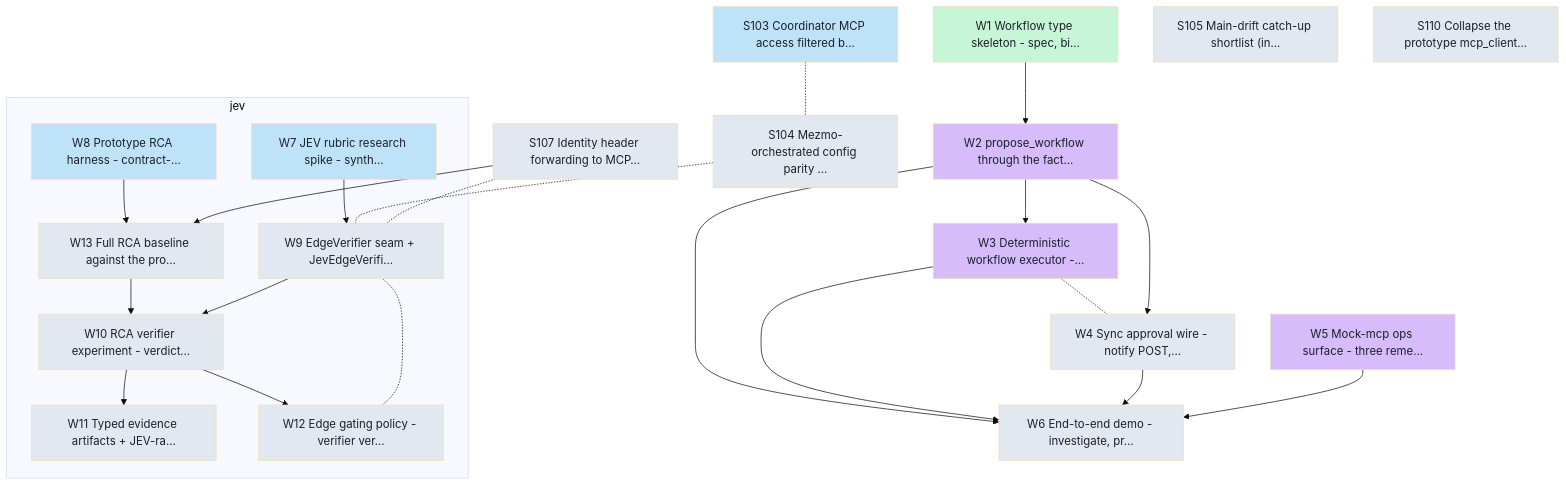
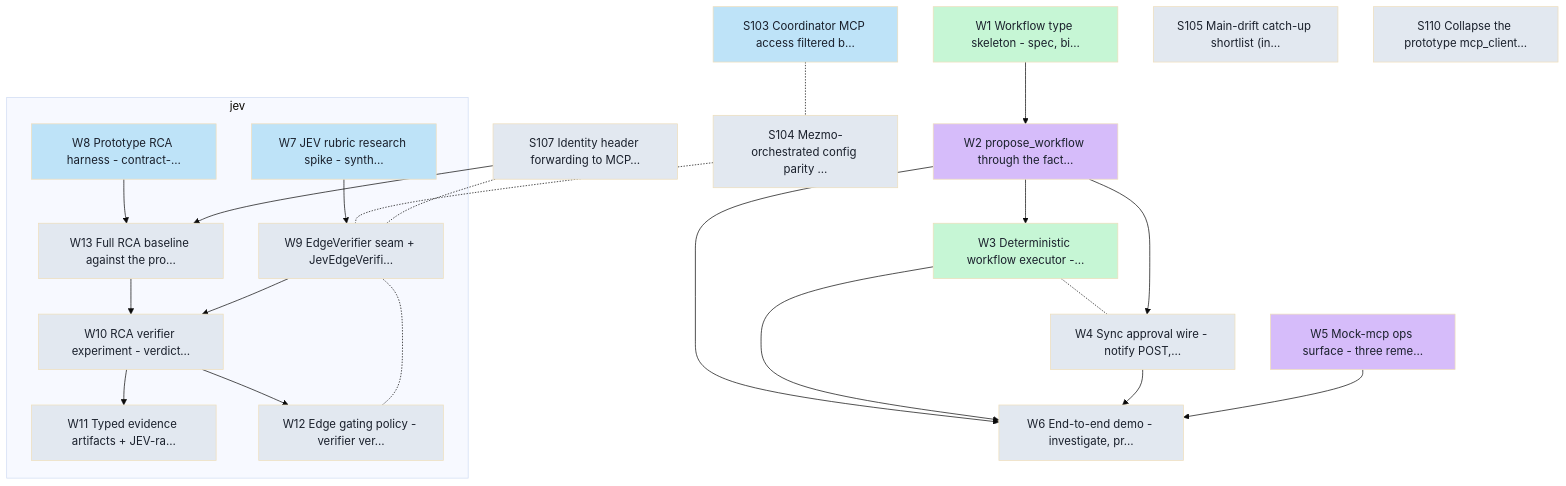
The diagram in docs/board/cards/graph.md (Shearerbeard/agent-driver-prototype), drawn with Mermaid (base theme) before and after one commit. The commit also changed 7 other files, not shown here.

````diff
--- a/docs/board/cards/graph.md
+++ b/docs/board/cards/graph.md
@@ -8,47 +8,47 @@
 ```mermaid
 flowchart TD
   classDef backlog fill:#e2e8f0,color:#1a202c;
   classDef ready fill:#bee3f8,color:#1a202c;
   classDef inprogress fill:#fbd38d,color:#1a202c;
   classDef inreview fill:#d6bcfa,color:#1a202c;
   classDef done fill:#c6f6d5,color:#1a202c;
   subgraph lane_jev["jev"]
     W7["W7 JEV rubric research spike - synth…"]:::ready
     W8["W8 Prototype RCA harness - contract-…"]:::ready
     W9["W9 EdgeVerifier seam + JevEdgeVerifi…"]:::backlog
     W10["W10 RCA verifier experiment - verdict…"]:::backlog
     W11["W11 Typed evidence artifacts + JEV-ra…"]:::backlog
     W12["W12 Edge gating policy - verifier ver…"]:::backlog
     W13["W13 Full RCA baseline against the pro…"]:::backlog
   end
   W1["W1 Workflow type skeleton - spec, bi…"]:::done
   W2["W2 propose_workflow through the fact…"]:::inreview
-  W3["W3 Deterministic workflow executor -…"]:::inreview
+  W3["W3 Deterministic workflow executor -…"]:::done
   W4["W4 Sync approval wire - notify POST,…"]:::backlog
   W5["W5 Mock-mcp ops surface - three reme…"]:::inreview
   W6["W6 End-to-end demo - investigate, pr…"]:::backlog
   S103["S103 Coordinator MCP access filtered b…"]:::ready
   S104["S104 Mezmo-orchestrated config parity …"]:::backlog
   S105["S105 Main-drift catch-up shortlist (in…"]:::backlog
   S107["S107 Identity header forwarding to MCP…"]:::backlog
   S110["S110 Collapse the prototype mcp_client…"]:::backlog
   W1 --> W2
   W2 --> W3
   W3 -.- W4
   W2 --> W4
   W2 --> W6
   W3 --> W6
   W4 --> W6
   W5 --> W6
   W7 --> W9
   W13 --> W10
   W9 --> W10
   W10 --> W11
   W10 --> W12
   W12 -.- W9
   W8 --> W13
   S107 --> W13
   S103 -.- S104
   S104 -.- W9
   S107 -.- W9
 ```
````
